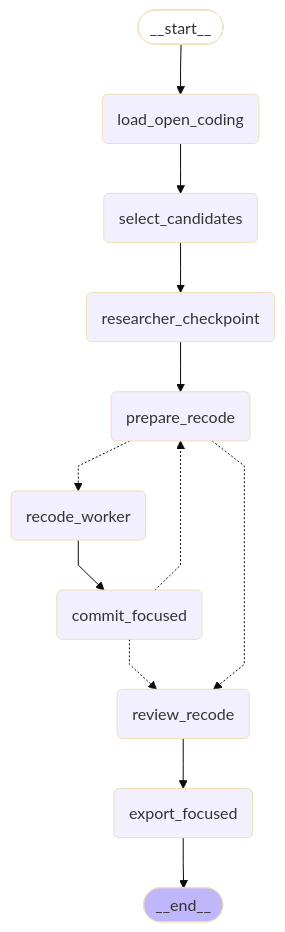
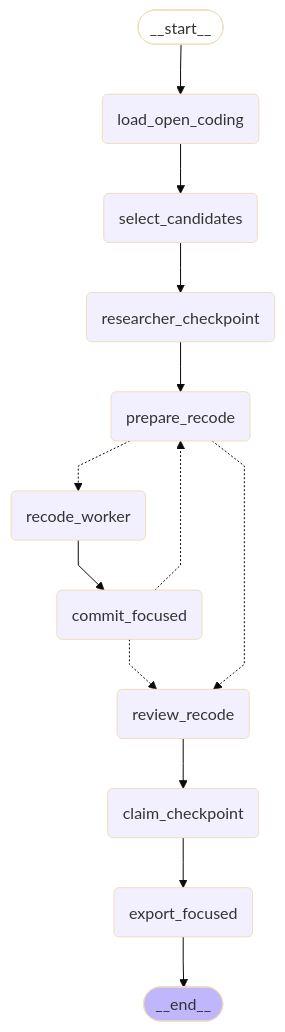
The second of 2 diagrams in README.md (davidscassell/automated-grounded-theory), drawn with Mermaid (base theme) before and after one commit. The commit also changed other lines of this file and 14 other files, not shown here.

First line of the commit message:
Reserve the focused reread and cite claim revisions (0.7.0).

````diff
--- a/README.md
+++ b/README.md
@@ -65,32 +65,34 @@
 ```mermaid
 ---
 config:
   flowchart:
     curve: linear
 ---
 graph TD;
 	__start__([<p>__start__</p>]):::first
 	load_open_coding(load_open_coding)
 	select_candidates(select_candidates)
 	researcher_checkpoint(researcher_checkpoint)
 	prepare_recode(prepare_recode)
 	recode_worker(recode_worker)
 	commit_focused(commit_focused)
 	review_recode(review_recode)
+	claim_checkpoint(claim_checkpoint)
 	export_focused(export_focused)
 	__end__([<p>__end__</p>]):::last
 	__start__ --> load_open_coding;
+	claim_checkpoint --> export_focused;
 	commit_focused -.-> prepare_recode;
 	commit_focused -.-> review_recode;
 	load_open_coding --> select_candidates;
 	prepare_recode -.-> recode_worker;
 	prepare_recode -.-> review_recode;
 	recode_worker --> commit_focused;
 	researcher_checkpoint --> prepare_recode;
-	review_recode --> export_focused;
+	review_recode --> claim_checkpoint;
 	select_candidates --> researcher_checkpoint;
 	export_focused --> __end__;
 	classDef default fill:#f2f0ff,line-height:1.2
 	classDef first fill-opacity:0
 	classDef last fill:#bfb6fc
 ```
````
